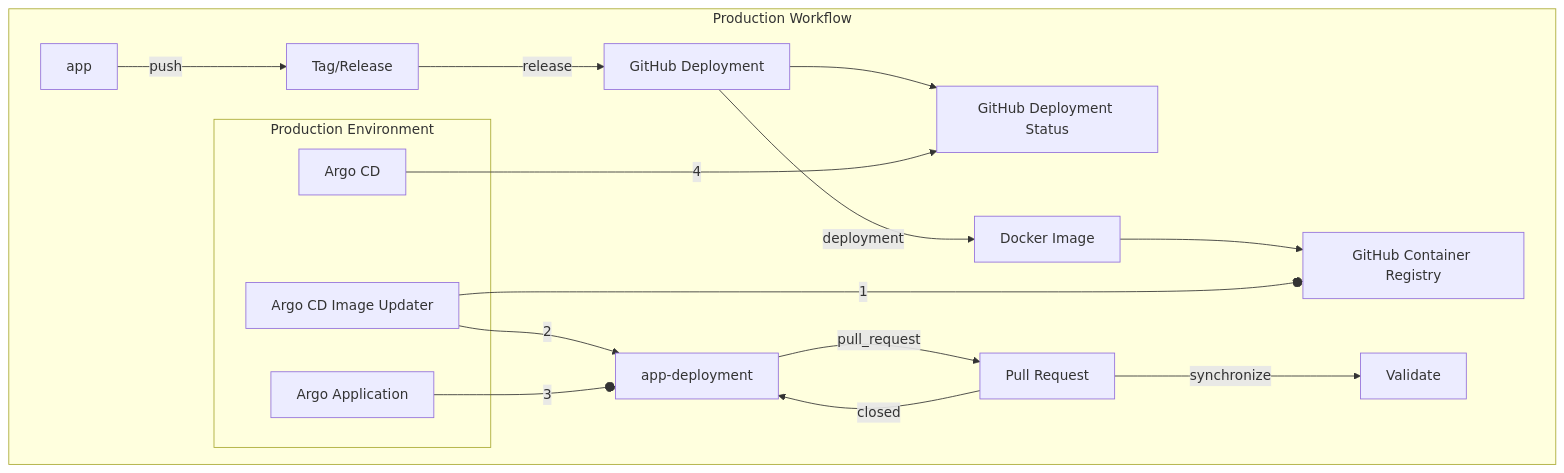
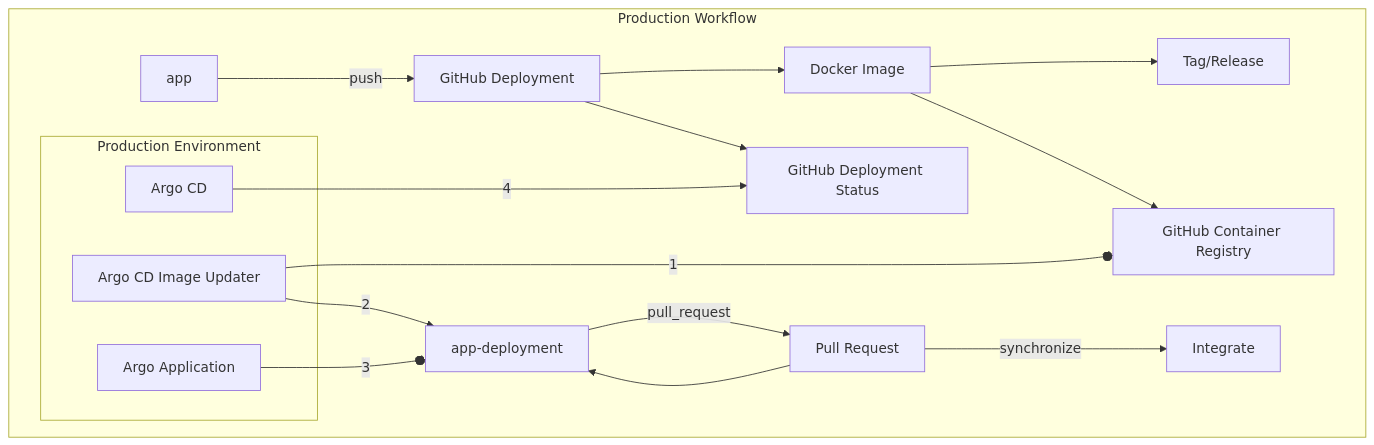
The fourth of 5 diagrams in profile/README.md (gitops-ci-cd/.github), drawn with Mermaid before and after one commit. The commit also changed other lines of this file, not shown here.

Commit message:
Capture flow a bit better

````diff
--- a/profile/README.md
+++ b/profile/README.md
@@ -167,29 +169,34 @@
 ```mermaid
 flowchart TD
-
     registry[GitHub Container Registry]
 
-    subgraph env[Production Environment]
+    subgraph production[Production Environment]
         argo[Argo CD]
         argo-image-updater[Argo CD Image Updater]
         argo-app[Argo Application]
     end
 
     subgraph prod[Production Workflow]
-        app -- push --> tag[Tag/Release]
-        tag -- release --> deployment[GitHub Deployment] --> deployment-status[GitHub Deployment Status]
-        deployment -- deployment --> build[Docker Image]
+        deployment[GitHub Deployment]
+        deployment-status[GitHub Deployment Status]
+        build[Docker Image]
+        tag[Tag/Release]
+        pr[Pull Request]
+        integrate[Integrate]
+
+        app -- push --> deployment
+        deployment --> build
+        deployment --> deployment-status
+        build --> tag
         build --> registry
-
-        env
+        
+        production
         argo-image-updater -- 1 --o registry
         argo-image-updater -- 2 --> app-deployment
-
-        app-deployment -- pull_request --> pr[Pull Request]
-        pr -- synchronize --> validate[Validate]
-        pr -- closed --> app-deployment
-
+        app-deployment -- pull_request --> pr
+        pr -- synchronize --> integrate
+        pr --> app-deployment
         argo-app -- 3 --o app-deployment
         argo -- 4 --> deployment-status
     end
 ```
````
